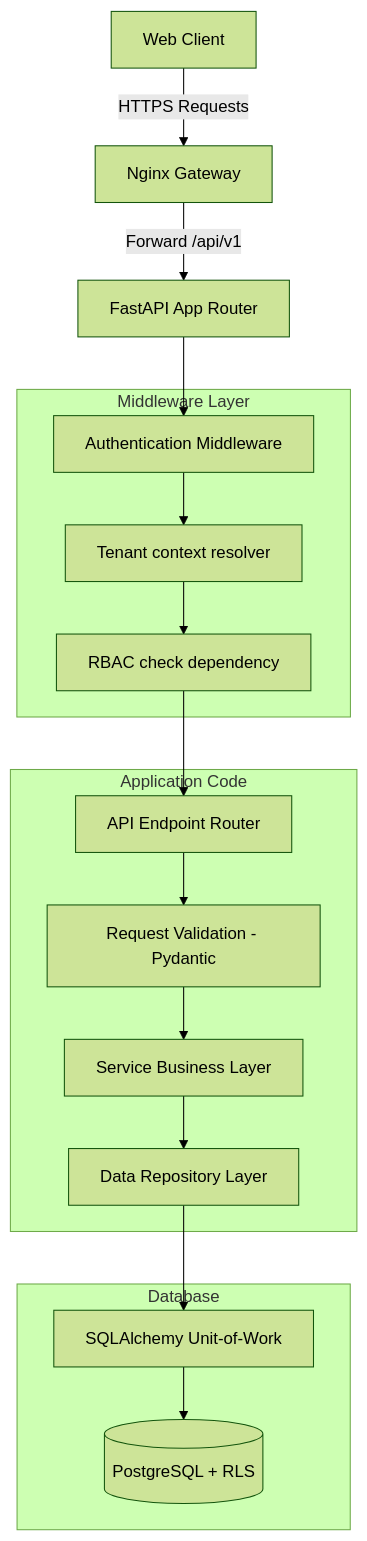
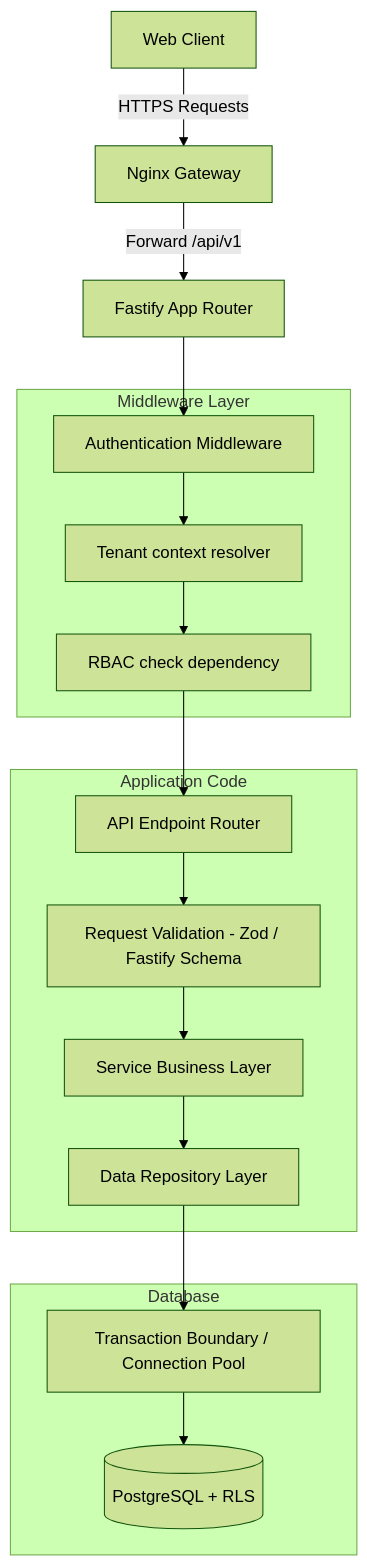
One commit to Harims47/Hotel_WebApp_v2 changed the diagram in docs/architecture/API_ARCHITECTURE.md. Above: the diagram before and after it, drawn with Mermaid (forest theme). The commit also changed other lines of this file and 216 other files, not shown here.

Commit message:
feat: implement security middleware and document API, testing, and system architecture strategies

````diff
--- a/docs/architecture/API_ARCHITECTURE.md
+++ b/docs/architecture/API_ARCHITECTURE.md
@@ -11,35 +11,35 @@
 ```mermaid
 graph TD
     Client[Web Client] -->|HTTPS Requests| ReverseProxy[Nginx Gateway]
-    ReverseProxy -->|Forward /api/v1| FastAPI[FastAPI App Router]
+    ReverseProxy -->|Forward /api/v1| Fastify[Fastify App Router]
     
     subgraph Middleware Layer
         Auth[Authentication Middleware]
         TenantContext[Tenant context resolver]
         RBAC[RBAC check dependency]
     end
     
-    FastAPI --> Auth
+    Fastify --> Auth
     Auth --> TenantContext
     TenantContext --> RBAC
     
     subgraph Application Code
         Router[API Endpoint Router]
-        Pydantic[Request Validation - Pydantic]
+        Validation[Request Validation - Zod / Fastify Schema]
         Service[Service Business Layer]
         Repo[Data Repository Layer]
     end
     
     RBAC --> Router
-    Router --> Pydantic
-    Pydantic --> Service
+    Router --> Validation
+    Validation --> Service
     Service --> Repo
     
     subgraph Database
-        Session[SQLAlchemy Unit-of-Work]
+        Session[Transaction Boundary / Connection Pool]
         DB[(PostgreSQL + RLS)]
     end
     
     Repo --> Session
     Session --> DB
 ```
````
